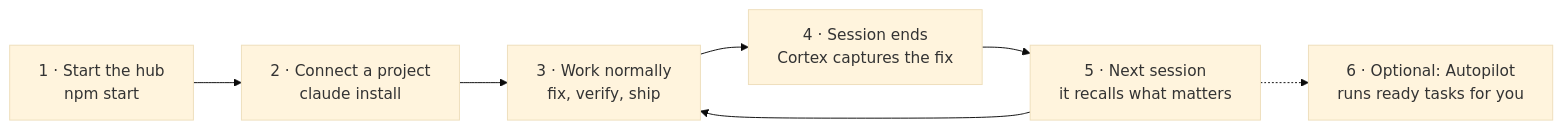
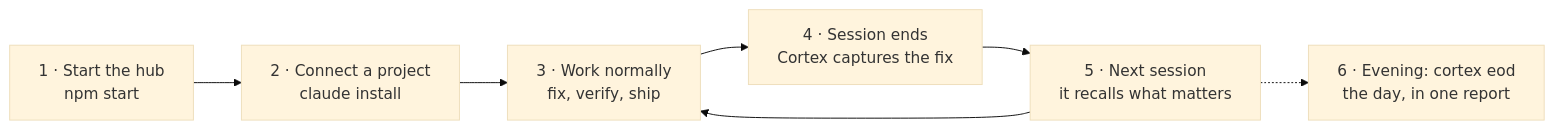
The third of 3 diagrams in README.md (gsl0001/Cortex), drawn with Mermaid (base theme) before and after one commit. The commit also changed other lines of this file and 87 other files, not shown here.

First line of the commit message:
Sync with upstream hub (July 15 → Aug 28): stub-index brief, evening report, portfolio doctor, autonomy tiers

````diff
--- a/README.md
+++ b/README.md
@@ -230,9 +251,9 @@
 ```mermaid
 flowchart LR
     S1["1 · Start the hub<br/>npm start"] --> S2["2 · Connect a project<br/>claude install"]
     S2 --> S3["3 · Work normally<br/>fix, verify, ship"]
     S3 --> S4["4 · Session ends<br/>Cortex captures the fix"]
     S4 --> S5["5 · Next session<br/>it recalls what matters"]
     S5 --> S3
-    S5 -.-> S6["6 · Optional: Autopilot<br/>runs ready tasks for you"]
+    S5 -.-> S6["6 · Evening: cortex eod<br/>the day, in one report"]
 ```
````
